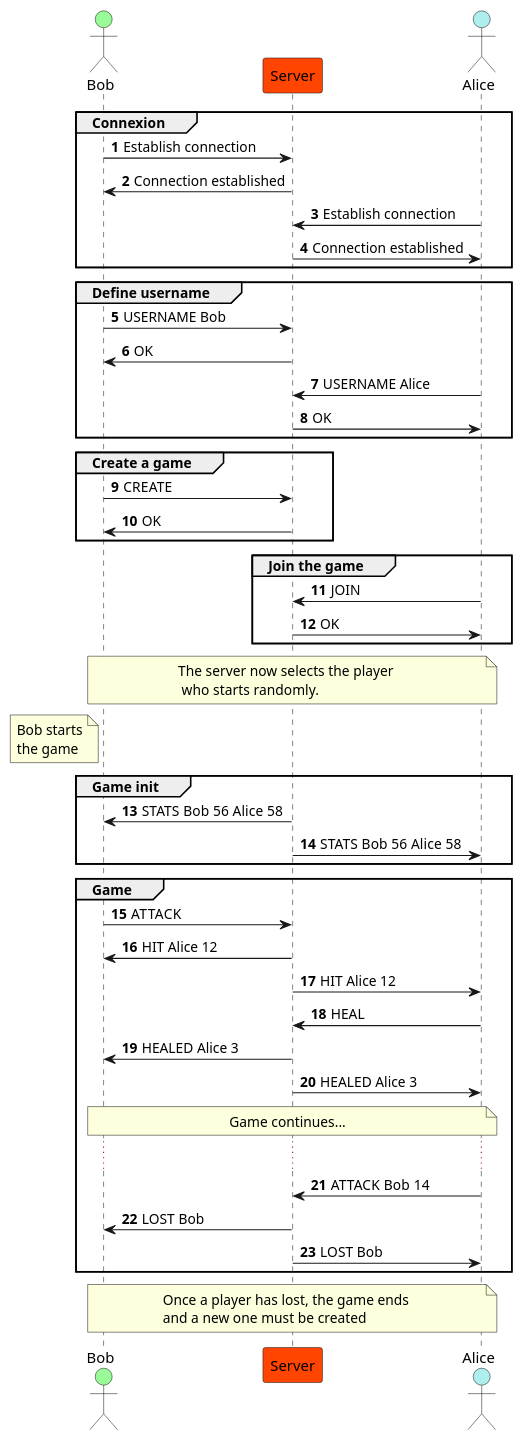
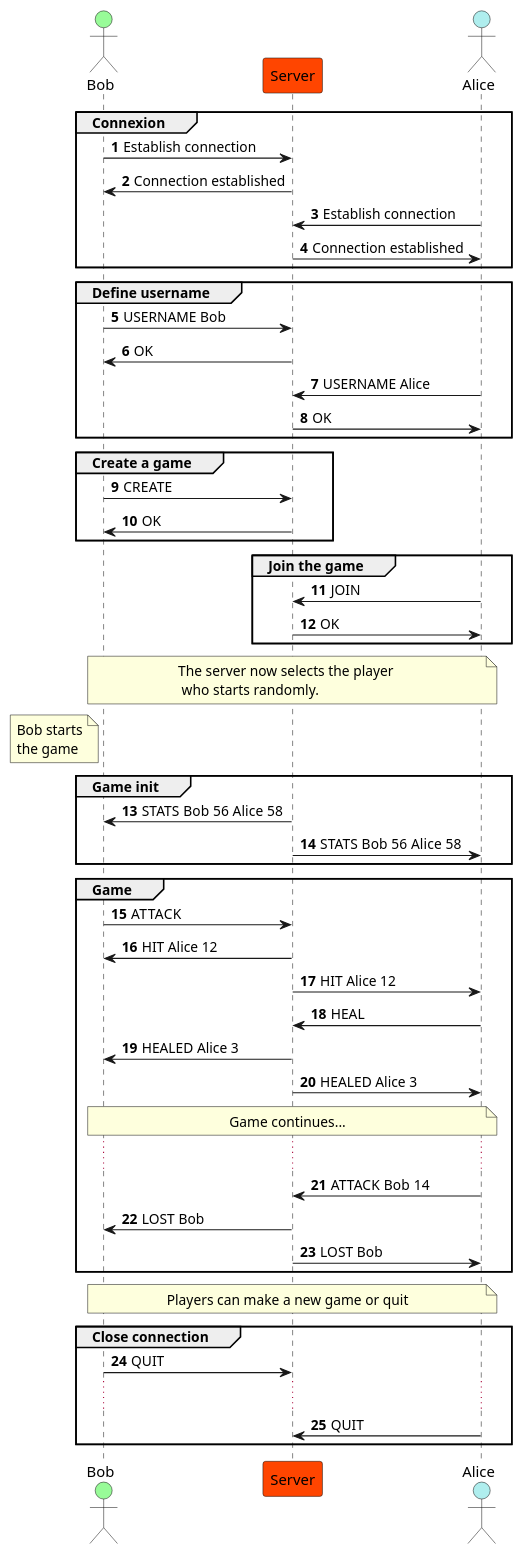
Before and after one commit to Schokiiiiiiii/DAI-Practical-work-2: the diagram in docs/functional_example.puml, drawn with PlantUML.

Commit message:
Updated functional example

```diff
--- a/docs/functional_example.puml
+++ b/docs/functional_example.puml
@@ -1,78 +1,84 @@
 @startuml functional_example
 
 /'
 https://github.com/heig-vd-dai-course/heig-vd-dai-course/blob/main/06.01-define-an-application-protocol/03-solution/01-guess-the-number-game/README.md
 '/
 
 actor Bob as Player1 #PaleGreen
 Participant Server #OrangeRed
 actor Alice as Player2 #PaleTurquoise
 
 
 autonumber
 
 group Connexion
     Player1 -> Server : Establish connection
     Server -> Player1 : Connection established
     Player2 -> Server : Establish connection
     Server -> Player2 : Connection established
 end
 
 group Define username
     Player1 -> Server : USERNAME Bob
     Server -> Player1 : OK
     Player2 -> Server : USERNAME Alice
     Server -> Player2 : OK
 end
 
 group Create a game
     Player1 -> Server : CREATE
     Server -> Player1 : OK
 end
 
 group Join the game
     Player2 -> Server : JOIN 
     Server -> Player2 : OK
 end
 
 note across : The server now selects the player \n who starts randomly.
 
 note left of Player1
     Bob starts
     the game
 endnote
 
 group Game init
     Server -> Player1 : STATS Bob 56 Alice 58
     Server -> Player2 : STATS Bob 56 Alice 58
 end
 
 group Game
     Player1 -> Server : ATTACK
     Server -> Player1 : HIT Alice 12
     Server -> Player2 : HIT Alice 12
     Player2 -> Server : HEAL
     Server -> Player1 : HEALED Alice 3
     Server -> Player2 : HEALED Alice 3
     note across : Game continues...
     ...
 
     Player2 -> Server : ATTACK Bob 14
     Server -> Player1 : LOST Bob
     Server -> Player2 : LOST Bob
 
 end
 
-note across : Once a player has lost, the game ends \nand a new one must be created
+note across : Players can make a new game or quit
+
+group Close connection
+    Player1 -> Server : QUIT
+    ...
+    Player2 -> Server : QUIT
+end
 
 /'
 loop 
     Server -> Player1
 end
 
 note right of Player2
     help
 endnote
 '/
 
 @endum
```
